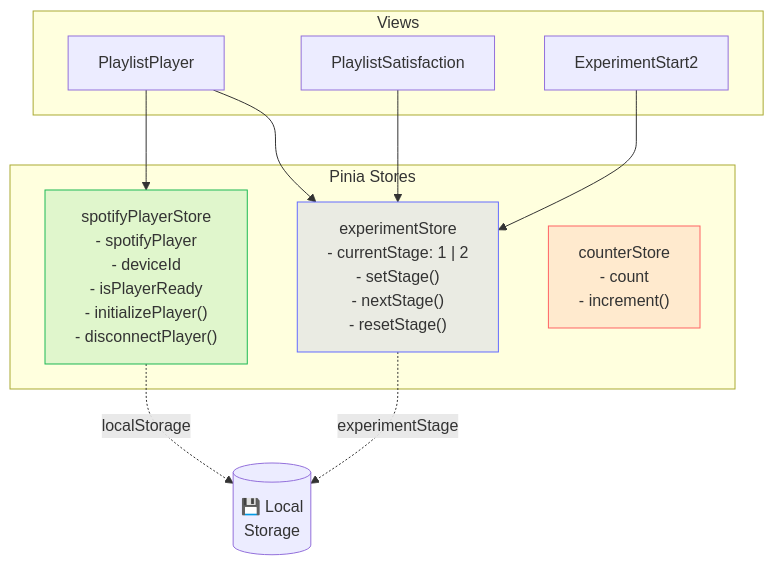
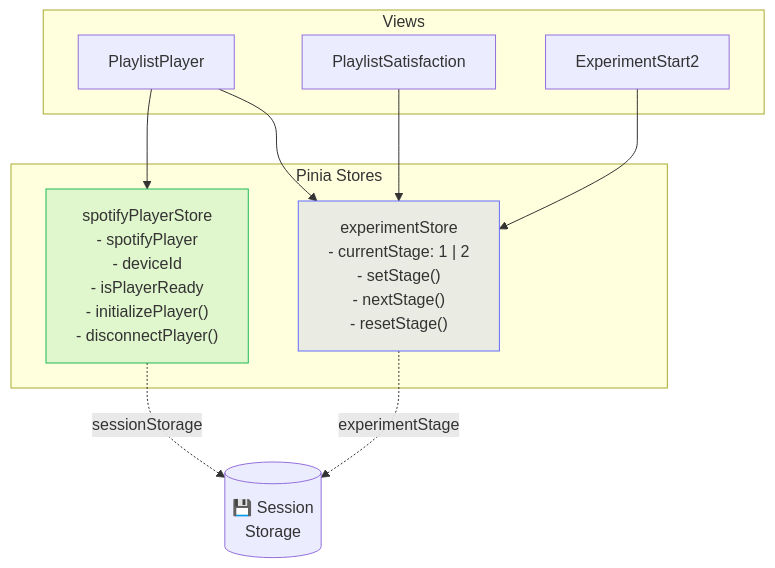
One commit to Lab3-Spotify/heron changed the fifth of 5 diagrams in README.md. Above: the diagram before and after it, drawn with Mermaid. The commit also changed other lines of this file, not shown here.

````diff
--- a/README.md
+++ b/README.md
@@ -297,26 +296,24 @@
 ```mermaid
 graph TB
     subgraph Stores ["Pinia Stores"]
         ES["experimentStore\n- currentStage: 1 | 2\n- setStage()\n- nextStage()\n- resetStage()"]
         SP["spotifyPlayerStore\n- spotifyPlayer\n- deviceId\n- isPlayerReady\n- initializePlayer()\n- disconnectPlayer()"]
-        CO["counterStore\n- count\n- increment()"]
     end
 
     subgraph Views ["Views"]
         PP["PlaylistPlayer"]
         PS["PlaylistSatisfaction"]
         ES2["ExperimentStart2"]
     end
 
     PP --> SP
     PP --> ES
     PS --> ES
     ES2 --> ES
 
-    SP -.-> |localStorage| LS[("💾 Local\nStorage")]
-    ES -.-> |experimentStage| LS
+    SP -.-> |sessionStorage| SS[("💾 Session\nStorage")]
+    ES -.-> |experimentStage| SS
 
     style ES fill:#646CFF22,stroke:#646CFF
     style SP fill:#1DB95422,stroke:#1DB954
-    style CO fill:#FF636322,stroke:#FF6363
 ```
````
